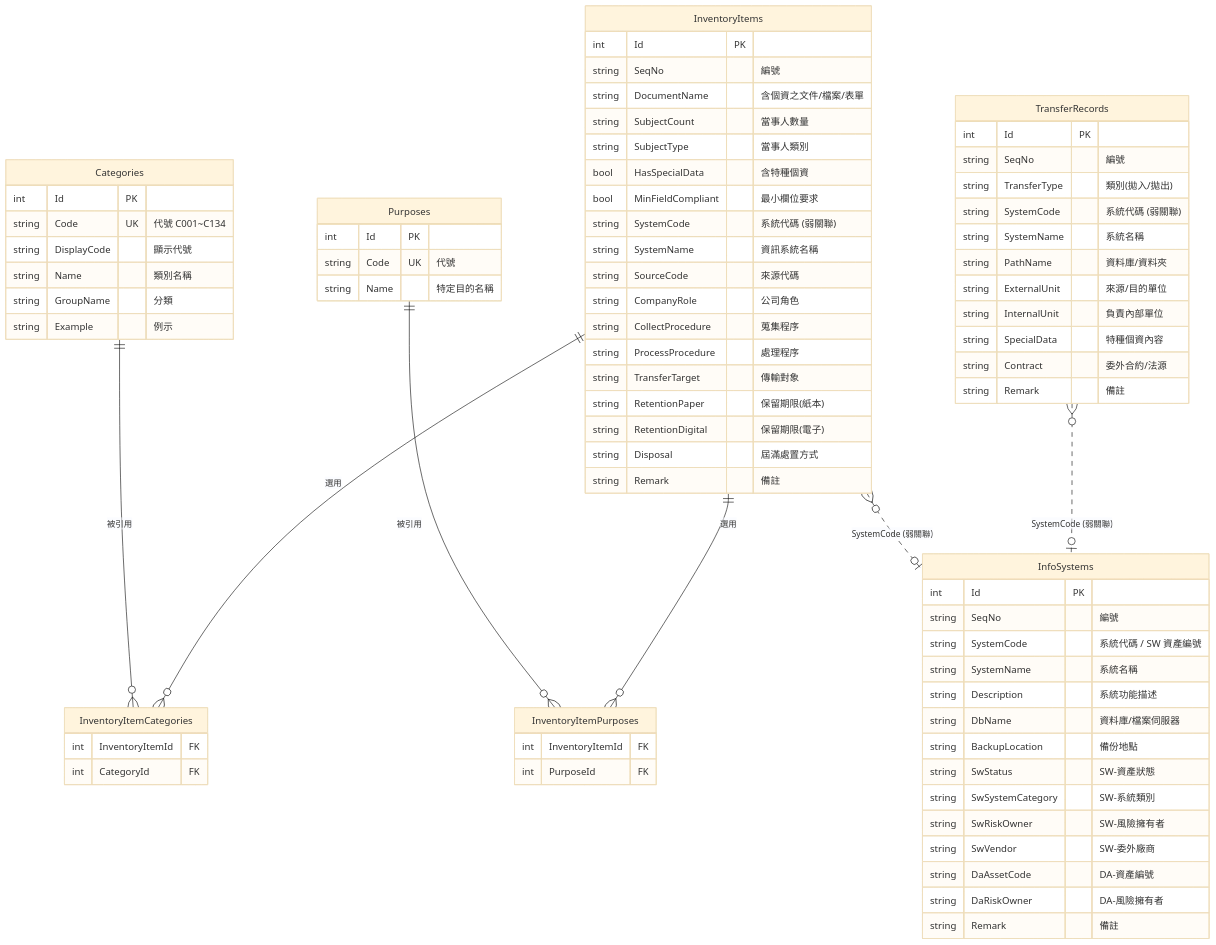
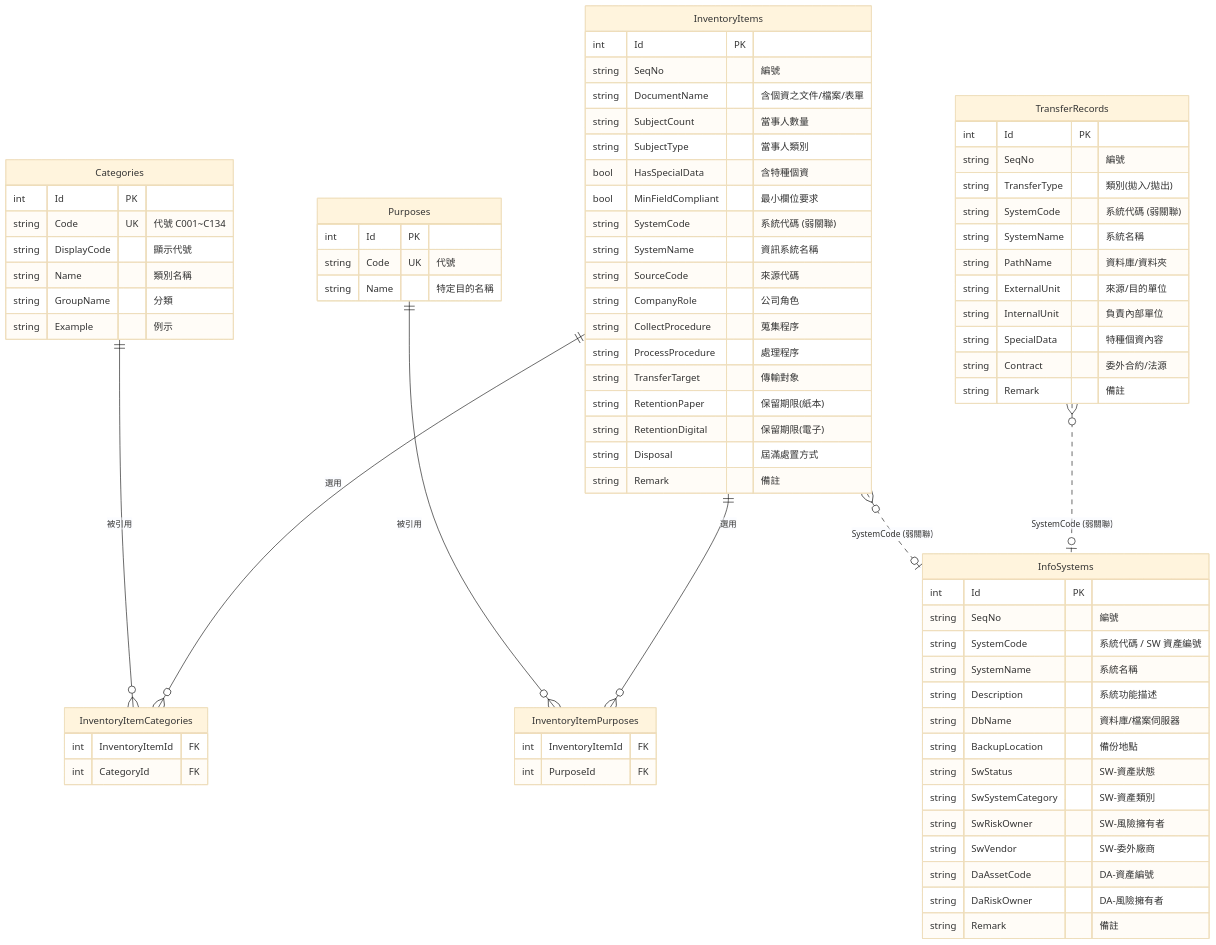
One commit to jason9470/PdInventory changed the third of 3 diagrams in PdInventory/docs/架構文件.md. Above: the diagram before and after it, drawn with Mermaid (base theme). The commit also changed 23 other files, not shown here.

```diff
--- a/PdInventory/docs/架構文件.md
+++ b/PdInventory/docs/架構文件.md
@@ -236,7 +236,7 @@
         string DbName "資料庫/檔案伺服器"
         string BackupLocation "備份地點"
         string SwStatus "SW-資產狀態"
-        string SwSystemCategory "SW-系統類別"
+        string SwSystemCategory "SW-資產類別"
         string SwRiskOwner "SW-風險擁有者"
         string SwVendor "SW-委外廠商"
         string DaAssetCode "DA-資產編號"
```
